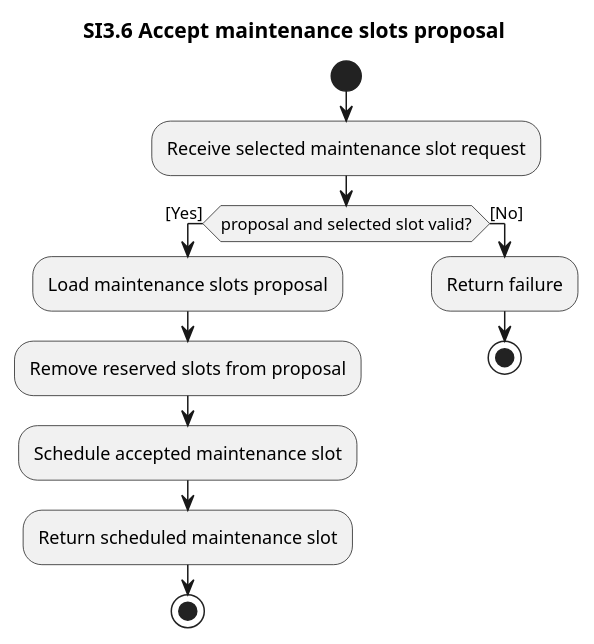
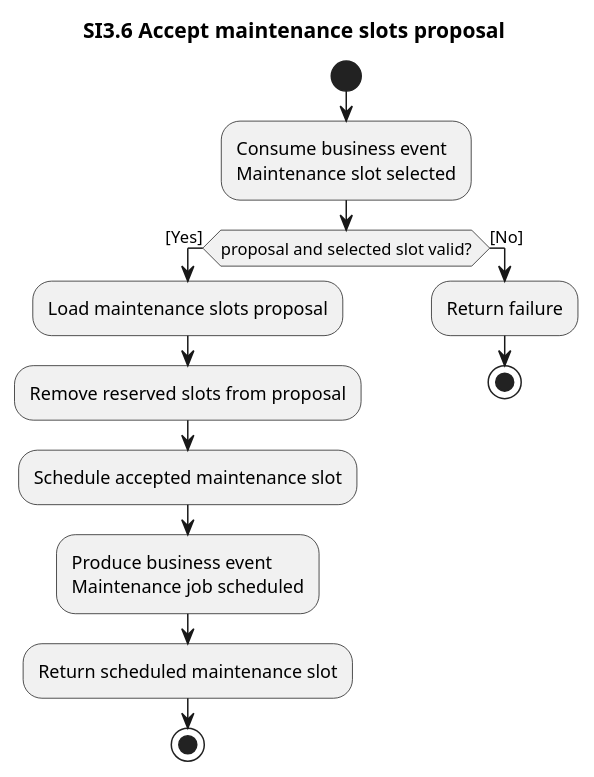
One commit to ottolote/fixme changed the diagram in docs/system-interactions/si3.6-accept-maintenance-slots-proposal.pu. Above: the diagram before and after it, drawn with PlantUML. The commit also changed 33 other files, not shown here.

```diff
--- a/docs/system-interactions/si3.6-accept-maintenance-slots-proposal.pu
+++ b/docs/system-interactions/si3.6-accept-maintenance-slots-proposal.pu
@@ -1,18 +1,21 @@
 @startuml si3.6-accept-maintenance-slots-proposal
 title SI3.6 Accept maintenance slots proposal
 
 start
-:Receive selected maintenance slot request;
+:Consume business event
+Maintenance slot selected;
 
 if (proposal and selected slot valid?) then ([Yes])
   :Load maintenance slots proposal;
   :Remove reserved slots from proposal;
   :Schedule accepted maintenance slot;
+  :Produce business event
+Maintenance job scheduled;
   :Return scheduled maintenance slot;
   stop
 else ([No])
   :Return failure;
   stop
 endif
 
 @enduml
```
